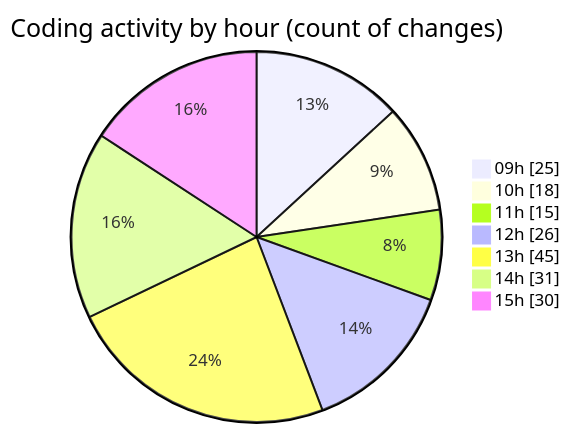
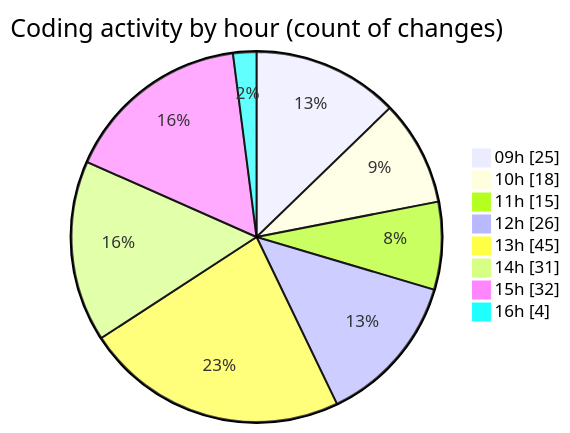
The second of 2 diagrams in 2025-03-13/cda/README.md (momahboobian/code-tracking), drawn with Mermaid before and after one commit. The commit also changed other lines of this file and 1 other file, not shown here.

````diff
--- a/2025-03-13/cda/README.md
+++ b/2025-03-13/cda/README.md
@@ -44,11 +44,12 @@
 ```mermaid
 pie showData
 title Coding activity by hour (count of changes)
 "09h" : 25
 "10h" : 18
 "11h" : 15
 "12h" : 26
 "13h" : 45
 "14h" : 31
-"15h" : 30
+"15h" : 32
+"16h" : 4
 ```
````
